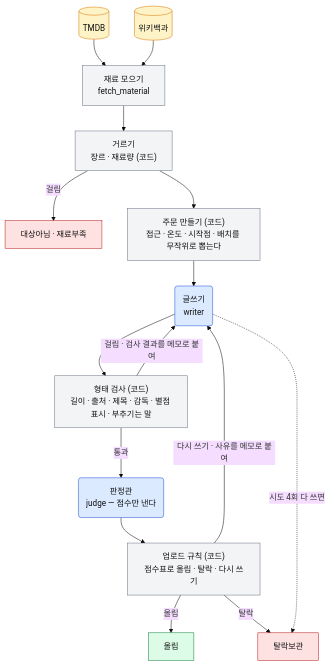
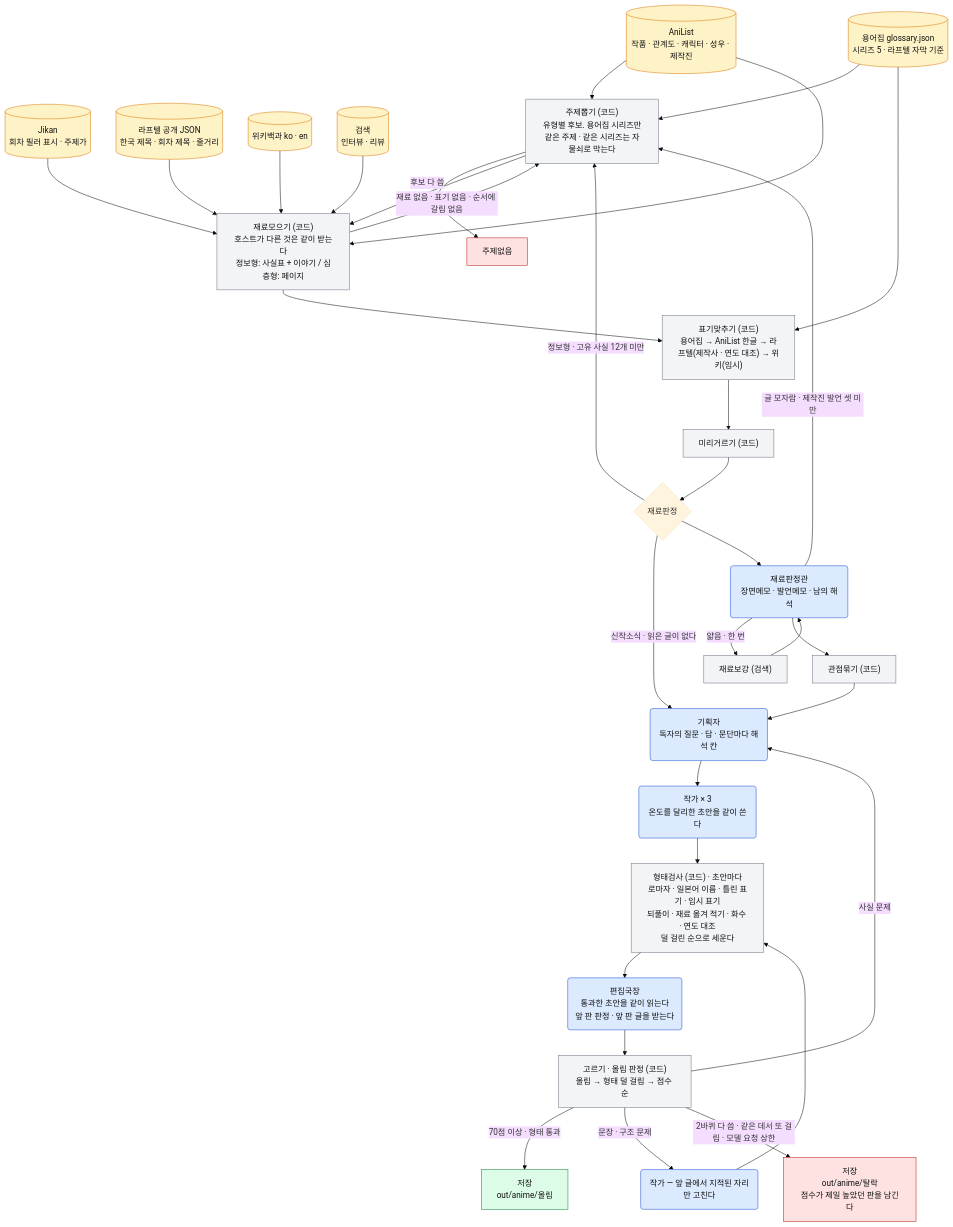
Before and after one commit to Por0ri/me-and-nu: the second of 6 diagrams in agent/README.md, drawn with Mermaid (base theme). The commit also changed other lines of this file, not shown here.

````diff
--- a/agent/README.md
+++ b/agent/README.md
@@ -133,26 +130,48 @@
 ```mermaid
 flowchart TD
     classDef llm  fill:#dbeafe,stroke:#1d4ed8,color:#111
     classDef code fill:#f3f4f6,stroke:#6b7280,color:#111
     classDef src  fill:#fef3c7,stroke:#d97706,color:#111
     classDef ok   fill:#dcfce7,stroke:#15803d,color:#111
     classDef drop fill:#fee2e2,stroke:#b91c1c,color:#111
 
-    TMDB[("TMDB")]:::src
-    WIKI[("위키백과")]:::src
-    TMDB --> M
-    WIKI --> M
-    M["재료 모으기<br/>fetch_material"]:::code
-    M --> G["거르기<br/>장르 · 재료량 (코드)"]:::code
-    G -->|걸림| X1["대상아님 · 재료부족"]:::drop
-    G --> O["주문 만들기 (코드)<br/>접근 · 온도 · 시작점 · 배치를 무작위로 뽑는다"]:::code
-    O --> W("글쓰기<br/>writer"):::llm
-    W --> SH["형태 검사 (코드)<br/>길이 · 출처 · 제목 · 감독 · 별점 표시 · 부추기는 말"]:::code
-    SH -->|걸림 · 검사 결과를 메모로 붙여| W
-    SH -->|통과| J("판정관<br/>judge — 점수만 낸다"):::llm
-    J --> V["업로드 규칙 (코드)<br/>점수표로 올림 · 탈락 · 다시 쓰기"]:::code
-    V -->|올림| OK[올림]:::ok
-    V -->|탈락| X2[탈락보관]:::drop
-    V -->|다시 쓰기 · 사유를 메모로 붙여| W
-    W -.->|시도 4회 다 쓰면| X2
+    GL[("용어집 glossary.json<br/>시리즈 5 · 라프텔 자막 기준")]:::src
+    AL[("AniList<br/>작품 · 관계도 · 캐릭터 · 성우 · 제작진")]:::src
+    JK[("Jikan<br/>회차 필러 표시 · 주제가")]:::src
+    LF[("라프텔 공개 JSON<br/>한국 제목 · 회차 제목 · 줄거리")]:::src
+    WK[("위키백과 ko · en")]:::src
+    DDG[("검색<br/>인터뷰 · 리뷰")]:::src
+
+    GL --> P
+    AL --> P
+    P["주제뽑기 (코드)<br/>유형별 후보. 용어집 시리즈만<br/>같은 주제 · 같은 시리즈는 자물쇠로 막는다"]:::code
+    P -->|후보 다 씀| X0[주제없음]:::drop
+    P --> M["재료모으기 (코드)<br/>호스트가 다른 것은 같이 받는다<br/>정보형: 사실표 + 이야기 / 심층형: 페이지"]:::code
+    AL --> M
+    JK --> M
+    LF --> M
+    WK --> M
+    DDG --> M
+    M -->|재료 없음 · 표기 없음 · 순서에 갈림 없음| P
+    M --> T["표기맞추기 (코드)<br/>용어집 → AniList 한글 → 라프텔(제작사 · 연도 대조) → 위키(임시)"]:::code
+    GL --> T
+    T --> F["미리거르기 (코드)"]:::code
+    F --> J{"재료판정"}
+    J -->|정보형 · 고유 사실 12개 미만| P
+    J -->|신작소식 · 읽은 글이 없다| PL
+    J --> MJ("재료판정관<br/>장면메모 · 발언메모 · 남의 해석"):::llm
+    MJ -->|얇음 · 한 번| RB["재료보강 (검색)"]:::code
+    RB --> MJ
+    MJ -->|글 모자람 · 제작진 발언 셋 미만| P
+    MJ --> CL["관점묶기 (코드)"]:::code
+    CL --> PL("기획자<br/>독자의 질문 · 답 · 문단마다 해석 칸"):::llm
+    PL --> WR("작가 × 3<br/>온도를 달리한 초안을 같이 쓴다"):::llm
+    WR --> SH["형태검사 (코드) · 초안마다<br/>로마자 · 일본어 이름 · 틀린 표기 · 임시 표기<br/>되풀이 · 재료 옮겨 적기 · 화수 · 연도 대조<br/>덜 걸린 순으로 세운다"]:::code
+    SH --> ED("편집국장<br/>통과한 초안을 같이 읽는다<br/>앞 판 판정 · 앞 판 글을 받는다"):::llm
+    ED --> GT["고르기 · 올림 판정 (코드)<br/>올림 → 형태 덜 걸림 → 점수 순"]:::code
+    GT -->|70점 이상 · 형태 통과| OK["저장<br/>out/anime/올림"]:::ok
+    GT -->|문장 · 구조 문제| WR2("작가 — 앞 글에서 지적된 자리만 고친다"):::llm
+    GT -->|사실 문제| PL
+    WR2 --> SH
+    GT -->|2바퀴 다 씀 · 같은 데서 또 걸림 · 모델 요청 상한| X2["저장<br/>out/anime/탈락<br/>점수가 제일 높았던 판을 남긴다"]:::drop
 ```
````
